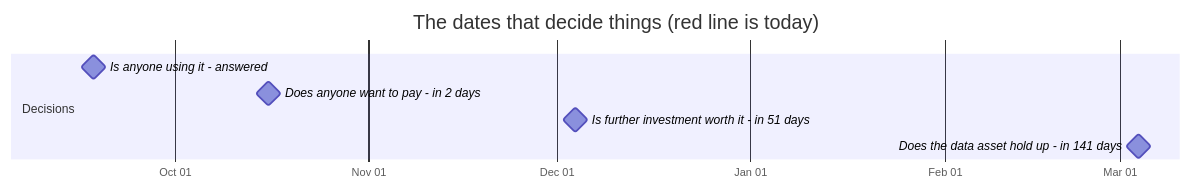
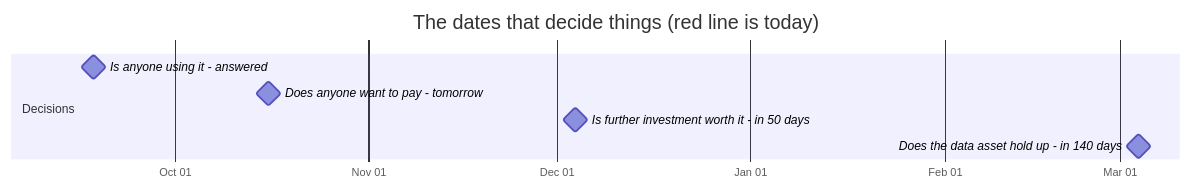
Before and after one commit to jakegu1/vetagent: the first of 2 diagrams in docs/OWNER.md, drawn with Mermaid. The commit also changed other lines of this file and 1 other file, not shown here.

````diff
--- a/docs/OWNER.md
+++ b/docs/OWNER.md
@@ -76,12 +76,12 @@
 ```mermaid
 gantt
     dateFormat YYYY-MM-DD
     axisFormat %b %d
     todayMarker stroke-width:3px,stroke:#d33,stroke-dasharray:0
     title The dates that decide things (red line is today)
     section Decisions
     Is anyone using it - answered :milestone, 2026-09-18, 0d
-    Does anyone want to pay - in 2 days :milestone, 2026-10-16, 0d
-    Is further investment worth it - in 51 days :milestone, 2026-12-04, 0d
-    Does the data asset hold up - in 141 days :milestone, 2027-03-04, 0d
+    Does anyone want to pay - tomorrow :milestone, 2026-10-16, 0d
+    Is further investment worth it - in 50 days :milestone, 2026-12-04, 0d
+    Does the data asset hold up - in 140 days :milestone, 2027-03-04, 0d
 ```
````
